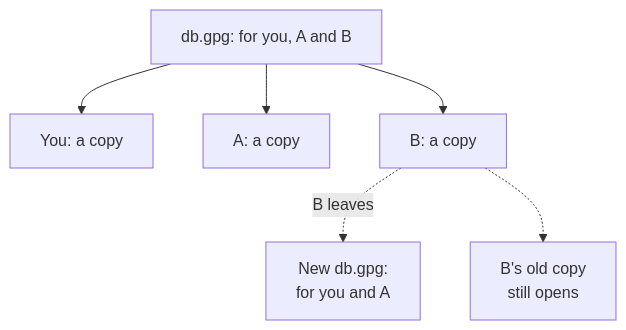
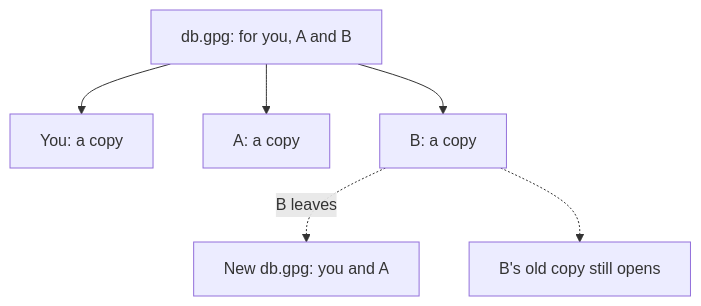
One commit to fiddler110/GitOps_Dojo changed the second of 22 diagrams in workshops/vault-fundamentals/content/slides/presentation.md. Above: the diagram before and after it, drawn with Mermaid. The commit also changed other lines of this file and 2 other files, not shown here.

```diff
--- a/workshops/vault-fundamentals/content/slides/presentation.md
+++ b/workshops/vault-fundamentals/content/slides/presentation.md
@@ -228,8 +228,8 @@
 <div class="mermaid">
 flowchart TB
   f["db.gpg: for you, A and B"] --> y["You: a copy"]
   f --> a["A: a copy"]
   f --> b["B: a copy"]
-  b -.->|"B leaves"| r["New db.gpg:<br/>for you and A"]
-  b -.-> o["B's old copy<br/>still opens"]
+  b -.->|"B leaves"| r["New db.gpg: you and A"]
+  b -.-> o["B's old copy still opens"]
 </div>
```
